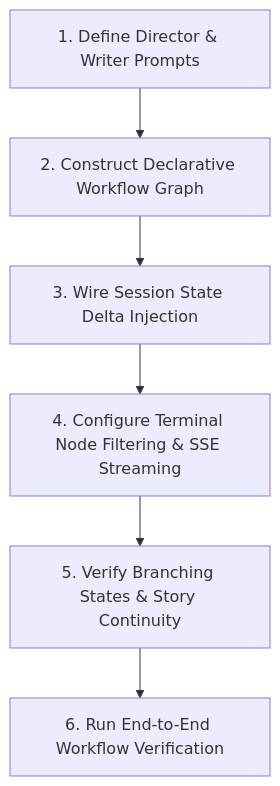
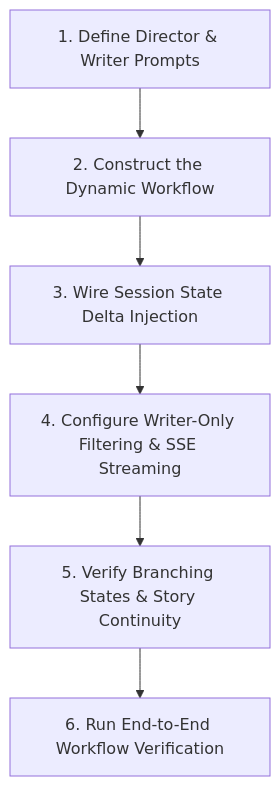
One commit to tangcc35/slm-vlm-post-training changed the diagram in .agents/skills/story-copilot/SKILL.md. Above: the diagram before and after it, drawn with Mermaid. The commit also changed other lines of this file and 23 other files, not shown here.

````diff
--- a/.agents/skills/story-copilot/SKILL.md
+++ b/.agents/skills/story-copilot/SKILL.md
@@ -16,8 +16,8 @@
 ```mermaid
 flowchart TD
-    A["1. Define Director & Writer Prompts"] --> B["2. Construct Declarative Workflow Graph"]
+    A["1. Define Director & Writer Prompts"] --> B["2. Construct the Dynamic Workflow"]
     B --> C["3. Wire Session State Delta Injection"]
-    C --> D["4. Configure Terminal Node Filtering & SSE Streaming"]
+    C --> D["4. Configure Writer-Only Filtering & SSE Streaming"]
     D --> E["5. Verify Branching States & Story Continuity"]
     E --> F["6. Run End-to-End Workflow Verification"]
 ```
````
